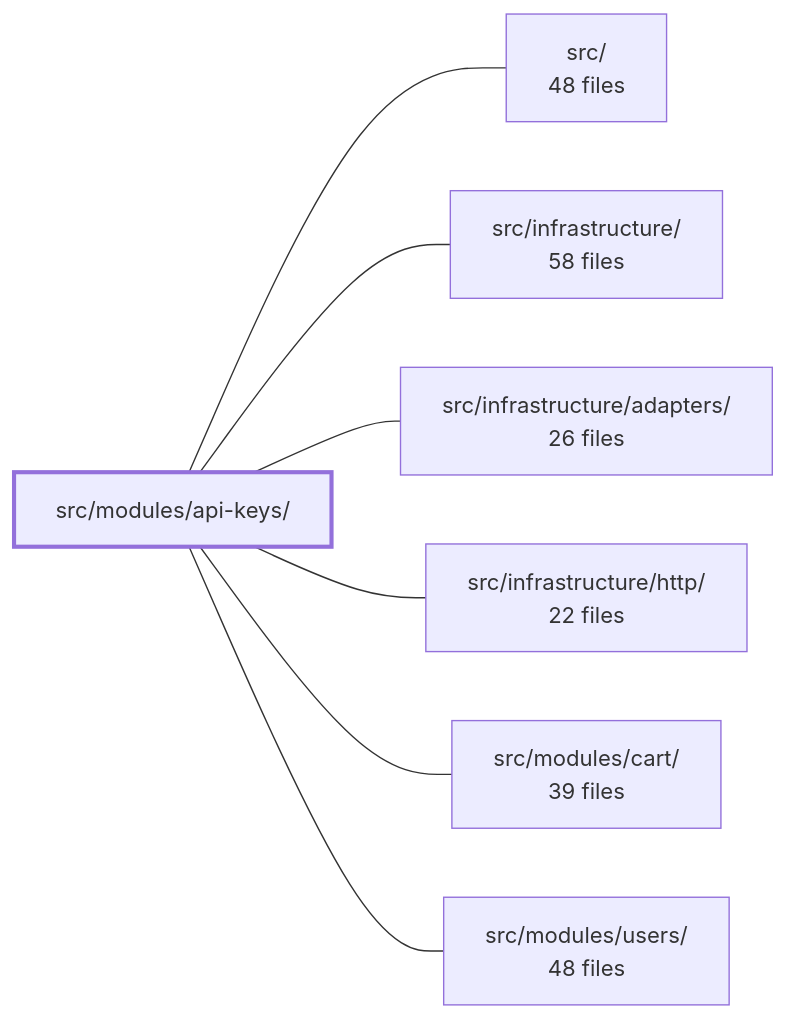
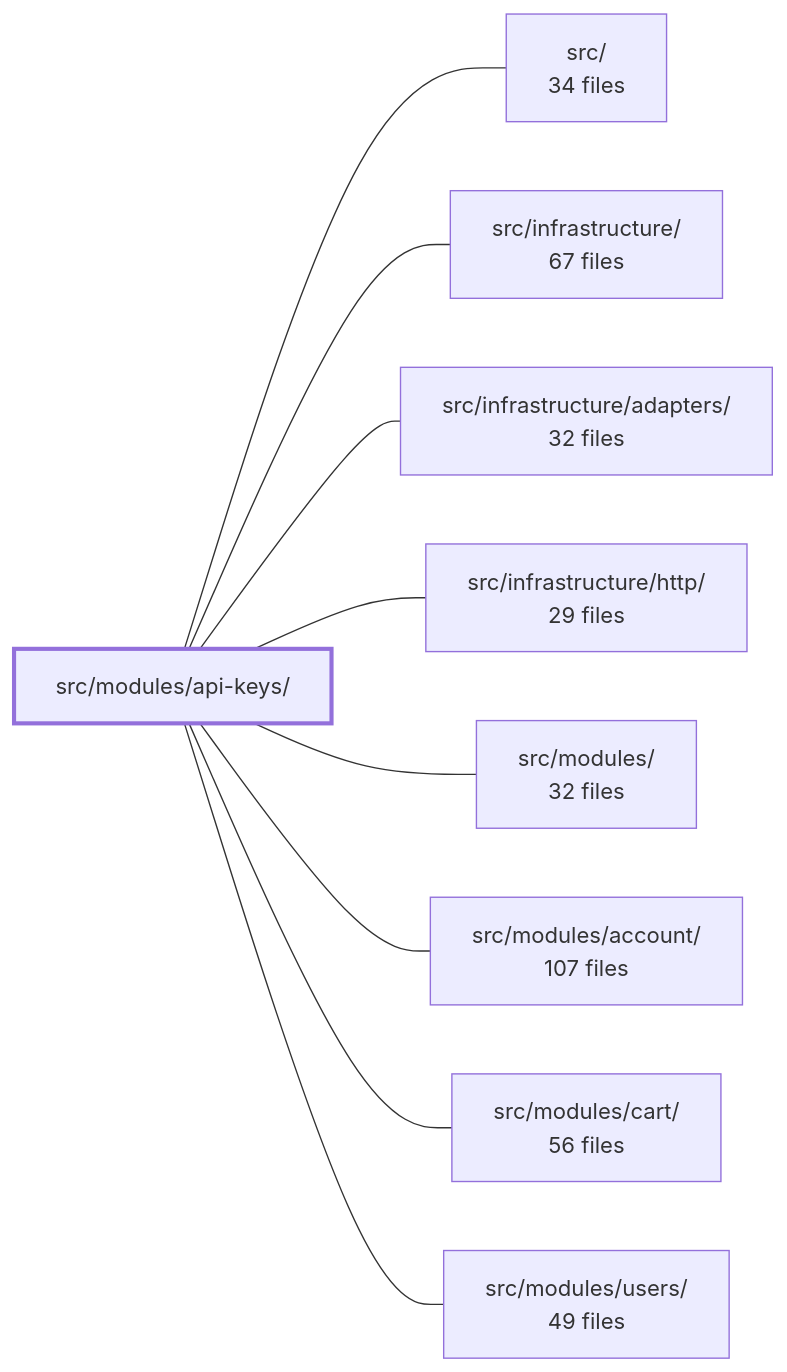
The diagram in .2brain/modules/boilerplate-node-backend_src_modules_api-keys.md (Guebbit/boilerplate-node-backend), drawn with Mermaid before and after one commit. The commit also changed other lines of this file and 106 other files, not shown here.

````diff
--- a/.2brain/modules/boilerplate-node-backend_src_modules_api-keys.md
+++ b/.2brain/modules/boilerplate-node-backend_src_modules_api-keys.md
@@ -40,17 +39,21 @@
 ```mermaid
 flowchart LR
     m_src_modules_api_keys["src/modules/api-keys/"]
-    m_src["src/<br/>48 files"]
-    m_src_infrastructure["src/infrastructure/<br/>58 files"]
-    m_src_infrastructure_adapters["src/infrastructure/adapters/<br/>26 files"]
-    m_src_infrastructure_http["src/infrastructure/http/<br/>22 files"]
-    m_src_modules_cart["src/modules/cart/<br/>39 files"]
-    m_src_modules_users["src/modules/users/<br/>48 files"]
+    m_src["src/<br/>34 files"]
+    m_src_infrastructure["src/infrastructure/<br/>67 files"]
+    m_src_infrastructure_adapters["src/infrastructure/adapters/<br/>32 files"]
+    m_src_infrastructure_http["src/infrastructure/http/<br/>29 files"]
+    m_src_modules["src/modules/<br/>32 files"]
+    m_src_modules_account["src/modules/account/<br/>107 files"]
+    m_src_modules_cart["src/modules/cart/<br/>56 files"]
+    m_src_modules_users["src/modules/users/<br/>49 files"]
     m_src_modules_api_keys --- m_src
     m_src_modules_api_keys --- m_src_infrastructure
     m_src_modules_api_keys --- m_src_infrastructure_adapters
     m_src_modules_api_keys --- m_src_infrastructure_http
+    m_src_modules_api_keys --- m_src_modules
+    m_src_modules_api_keys --- m_src_modules_account
     m_src_modules_api_keys --- m_src_modules_cart
     m_src_modules_api_keys --- m_src_modules_users
     style m_src_modules_api_keys stroke-width:3px
 ```
````
